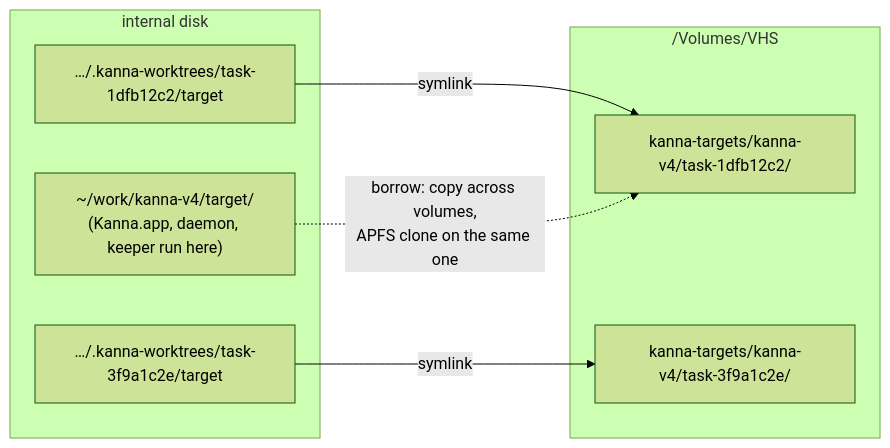
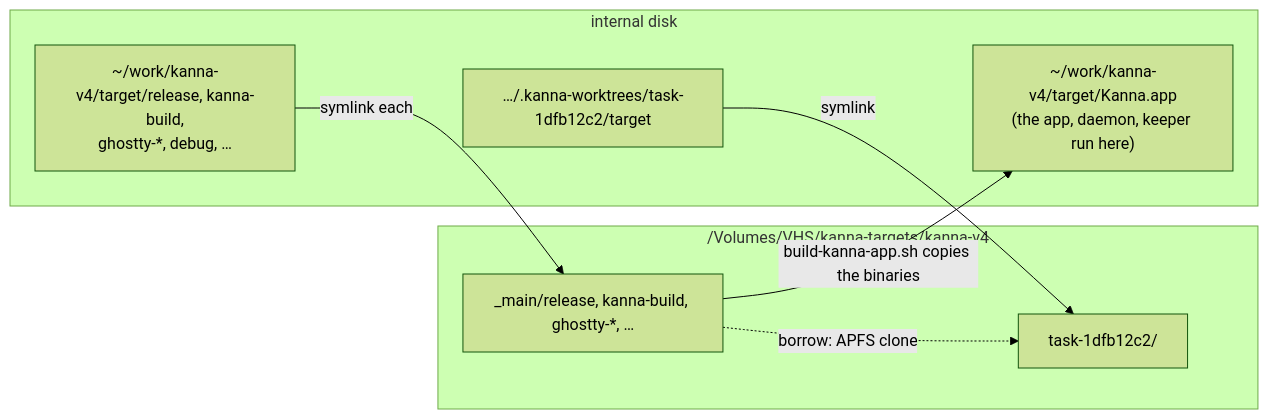
One commit to jemdiggity/kanna-v4 changed the diagram in docs/specs/build-targets.md. Above: the diagram before and after it, drawn with Mermaid (forest theme). The commit also changed other lines of this file and 4 other files, not shown here.

````diff
--- a/docs/specs/build-targets.md
+++ b/docs/specs/build-targets.md
@@ -21,15 +21,16 @@
 ```mermaid
 flowchart LR
     subgraph I["internal disk"]
-        M["~/work/kanna-v4/target/<br/>(Kanna.app, daemon, keeper run here)"]
+        A["~/work/kanna-v4/target/Kanna.app<br/>(the app, daemon, keeper run here)"]
+        M["~/work/kanna-v4/target/release, kanna-build,<br/>ghostty-*, debug, …"]
         W1["…/.kanna-worktrees/task-1dfb12c2/target"]
-        W2["…/.kanna-worktrees/task-3f9a1c2e/target"]
     end
-    subgraph V["/Volumes/VHS"]
-        T1["kanna-targets/kanna-v4/task-1dfb12c2/"]
-        T2["kanna-targets/kanna-v4/task-3f9a1c2e/"]
+    subgraph V["/Volumes/VHS/kanna-targets/kanna-v4"]
+        MM["_main/release, kanna-build, ghostty-*, …"]
+        T1["task-1dfb12c2/"]
     end
+    M -->|"symlink each"| MM
     W1 -->|symlink| T1
-    W2 -->|symlink| T2
-    M -.->|"borrow: copy across volumes,<br/>APFS clone on the same one"| T1
+    MM -->|"build-kanna-app.sh copies the binaries"| A
+    MM -.->|"borrow: APFS clone"| T1
 ```
````
